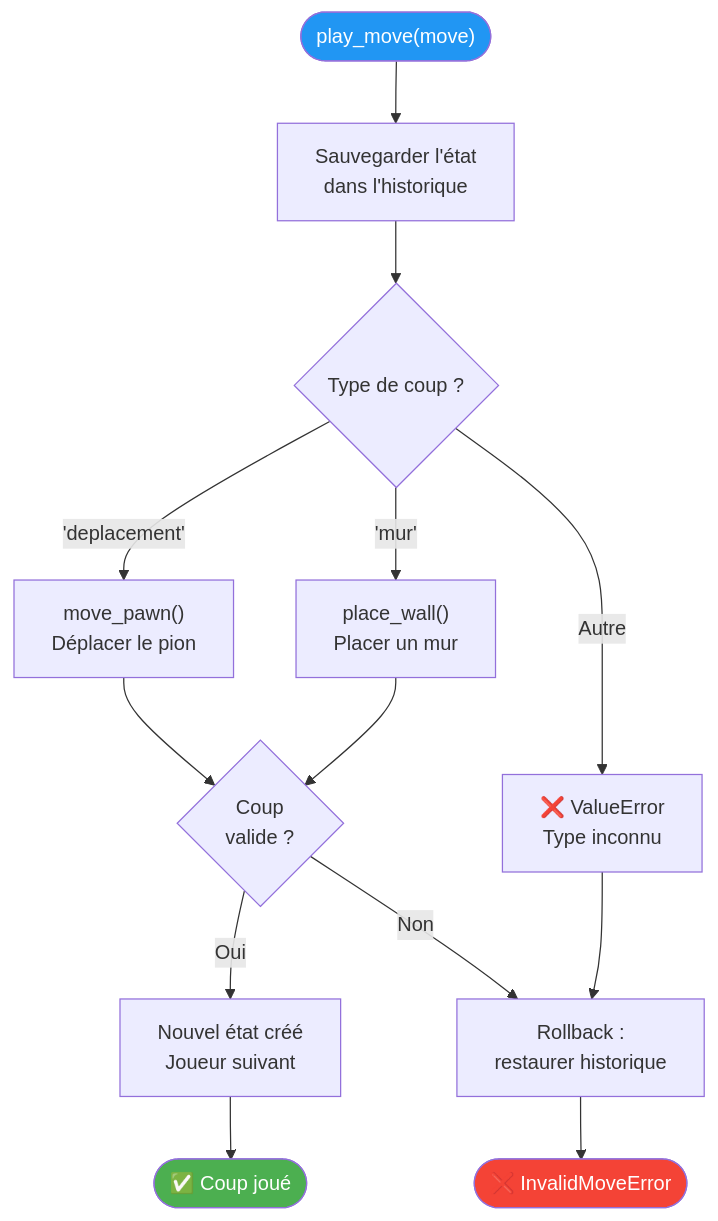
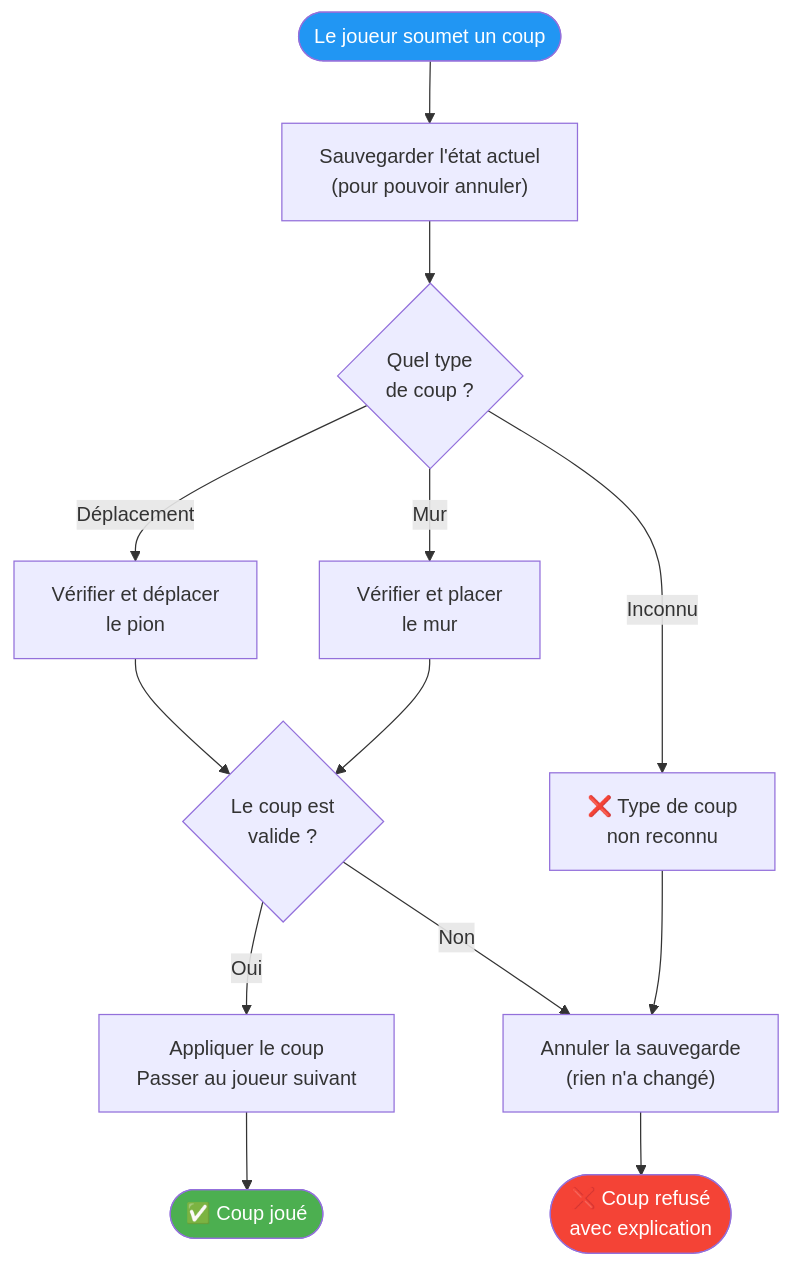
The first of 5 diagrams in flowcharts/03_logique_jeu.md (Silou1/Projet_mecatronique_I3), drawn with Mermaid before and after one commit. The commit also changed other lines of this file and 3 other files, not shown here.

Commit message:
docs: simplify flowcharts with plain-language descriptions

````diff
--- a/flowcharts/03_logique_jeu.md
+++ b/flowcharts/03_logique_jeu.md
@@ -9,22 +9,22 @@
 ```mermaid
 flowchart TD
-    ENTRY(["play_move(move)"]) --> SAVE["Sauvegarder l'état<br/>dans l'historique"]
-    SAVE --> TYPE{"Type de coup ?"}
+    ENTRY(["Le joueur soumet un coup"]) --> SAVE["Sauvegarder l'état actuel<br/>(pour pouvoir annuler)"]
+    SAVE --> TYPE{"Quel type<br/>de coup ?"}
 
-    TYPE -->|"'deplacement'"| MOVE["move_pawn()<br/>Déplacer le pion"]
-    TYPE -->|"'mur'"| WALL["place_wall()<br/>Placer un mur"]
-    TYPE -->|"Autre"| ERR_TYPE["❌ ValueError<br/>Type inconnu"]
+    TYPE -->|"Déplacement"| MOVE["Vérifier et déplacer<br/>le pion"]
+    TYPE -->|"Mur"| WALL["Vérifier et placer<br/>le mur"]
+    TYPE -->|"Inconnu"| ERR_TYPE["❌ Type de coup<br/>non reconnu"]
 
     MOVE --> SUCCESS
     WALL --> SUCCESS
 
-    SUCCESS{"Coup<br/>valide ?"}
-    SUCCESS -->|Oui| NEXT["Nouvel état créé<br/>Joueur suivant"] --> DONE(["✅ Coup joué"])
-    SUCCESS -->|Non| ROLLBACK["Rollback :<br/>restaurer historique"]
-    ROLLBACK --> ERROR(["❌ InvalidMoveError"])
+    SUCCESS{"Le coup est<br/>valide ?"}
+    SUCCESS -->|Oui| NEXT["Appliquer le coup<br/>Passer au joueur suivant"] --> DONE(["✅ Coup joué"])
+    SUCCESS -->|Non| ROLLBACK["Annuler la sauvegarde<br/>(rien n'a changé)"]
+    ROLLBACK --> ERROR(["❌ Coup refusé<br/>avec explication"])
     ERR_TYPE --> ROLLBACK
 
     style ENTRY fill:#2196F3,color:#fff
     style DONE fill:#4CAF50,color:#fff
     style ERROR fill:#f44336,color:#fff
 ```
````
